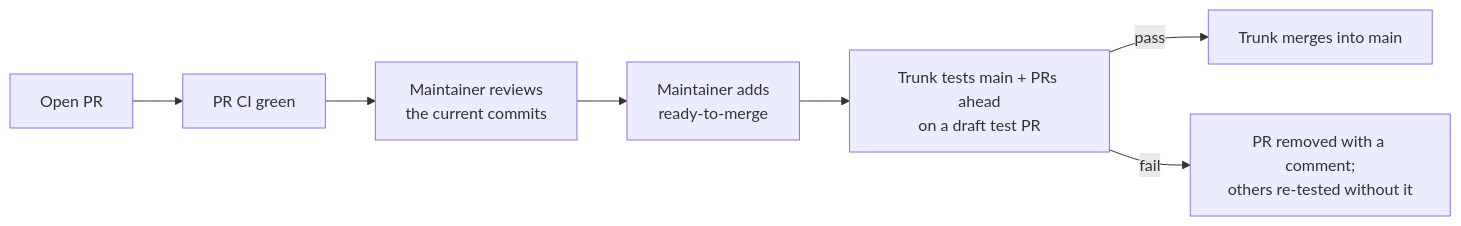
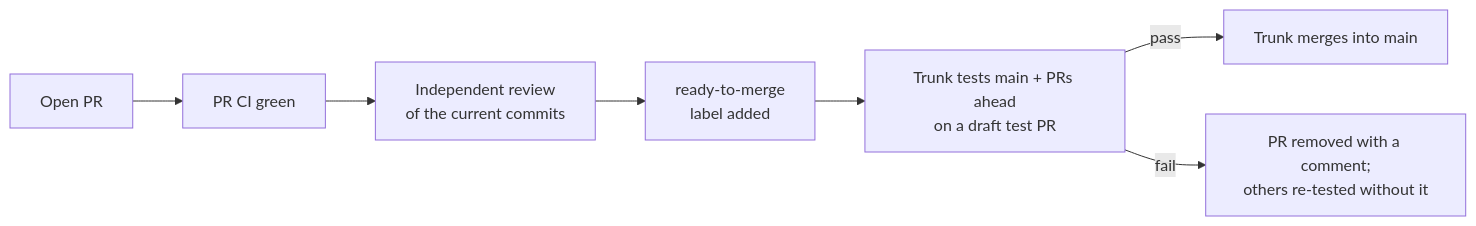
One commit to arceushui/pigloros changed the diagram in docs/merge-queue.md. Above: the diagram before and after it, drawn with Mermaid. The commit also changed other lines of this file and 7 other files, not shown here.

````diff
--- a/docs/merge-queue.md
+++ b/docs/merge-queue.md
@@ -10,9 +10,9 @@
 ```mermaid
 flowchart LR
     A["Open PR"] --> B["PR CI green"]
-    B --> C["Maintainer reviews<br/>the current commits"]
-    C --> D["Maintainer adds<br/>ready-to-merge"]
+    B --> C["Independent review<br/>of the current commits"]
+    C --> D["ready-to-merge<br/>label added"]
     D --> F["Trunk tests main + PRs ahead<br/>on a draft test PR"]
     F -- pass --> G["Trunk merges into main"]
     F -- fail --> H["PR removed with a comment;<br/>others re-tested without it"]
 ```
````
